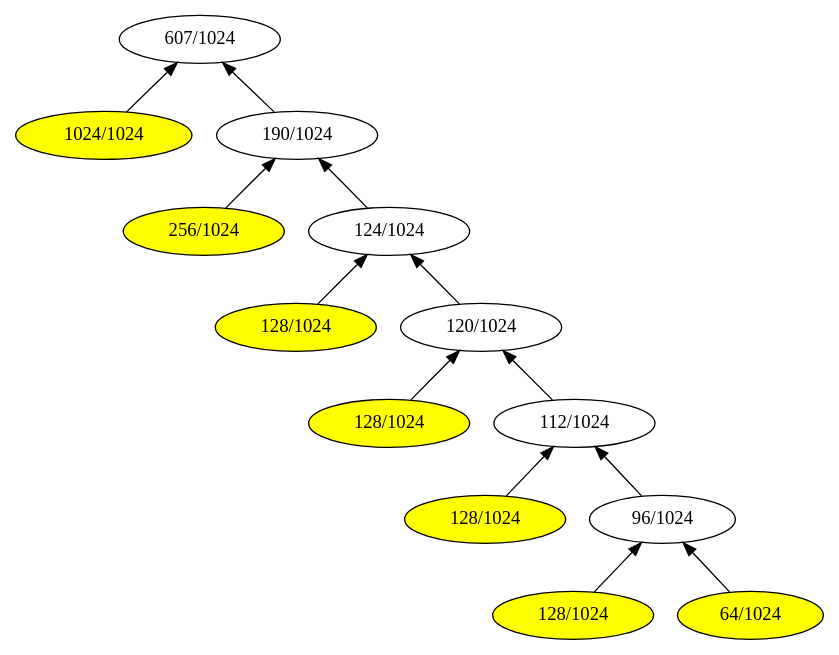
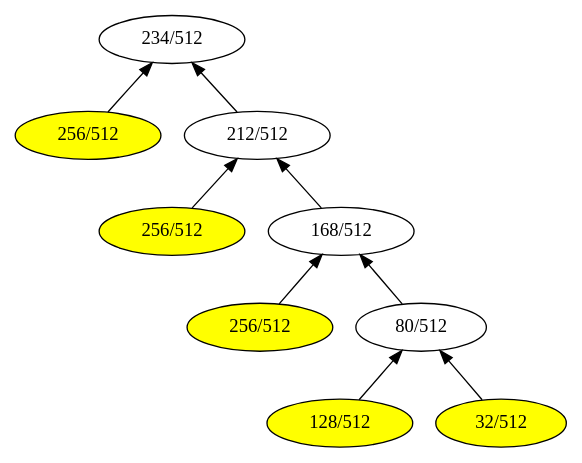
Before and after one commit to iitramar/guiTool: the diagram in GuiTool/image/Remia/RemiaDot.dot, drawn with Graphviz. The commit also changed 48 other files, not shown here.

```diff
--- a/GuiTool/image/Remia/RemiaDot.dot
+++ b/GuiTool/image/Remia/RemiaDot.dot
@@ -1,35 +1,25 @@
 digraph G { 
 rankdir = BT;
-1[label= " 607/1024 " ];
-2[label= " 1024/1024 " ];
+1[label= " 234/512 " ];
+2[label= " 256/512 " ];
 2->1
-3[label= " 190/1024 " ];
+3[label= " 212/512 " ];
 3->1
 2[style=filled, fillcolor=yellow];
-6[label= " 256/1024 " ];
+6[label= " 256/512 " ];
 6->3
-7[label= " 124/1024 " ];
+7[label= " 168/512 " ];
 7->3
 6[style=filled, fillcolor=yellow];
-14[label= " 128/1024 " ];
+14[label= " 256/512 " ];
 14->7
-15[label= " 120/1024 " ];
+15[label= " 80/512 " ];
 15->7
 14[style=filled, fillcolor=yellow];
-30[label= " 128/1024 " ];
+30[label= " 128/512 " ];
 30->15
-31[label= " 112/1024 " ];
+31[label= " 32/512 " ];
 31->15
 30[style=filled, fillcolor=yellow];
-62[label= " 128/1024 " ];
-62->31
-63[label= " 96/1024 " ];
-63->31
-62[style=filled, fillcolor=yellow];
-126[label= " 128/1024 " ];
-126->63
-127[label= " 64/1024 " ];
-127->63
-126[style=filled, fillcolor=yellow];
-127[style=filled, fillcolor=yellow];
+31[style=filled, fillcolor=yellow];
 }
```
